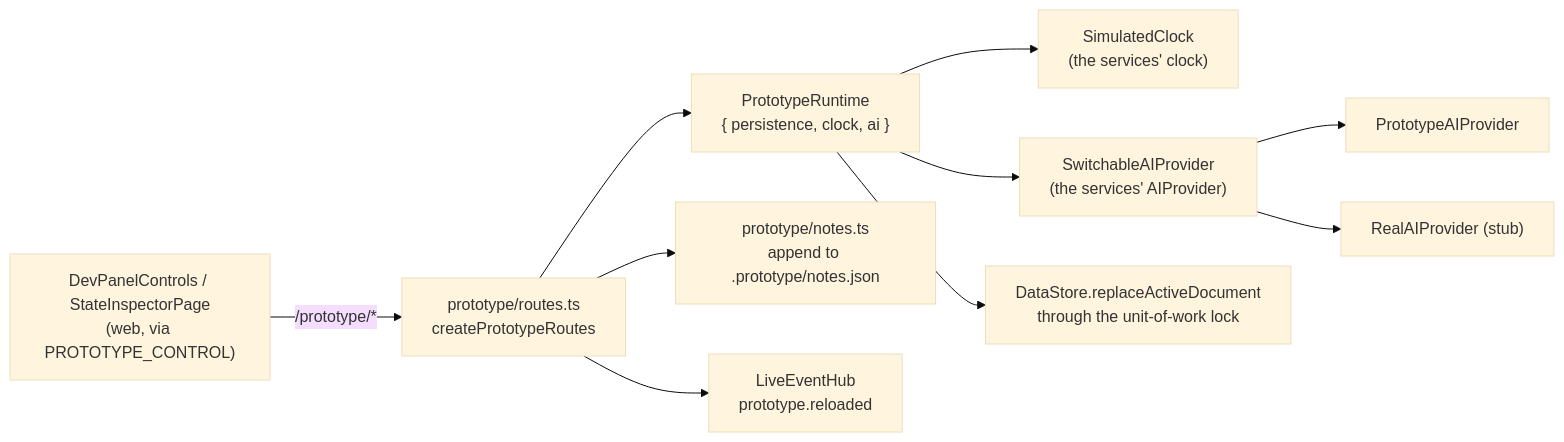
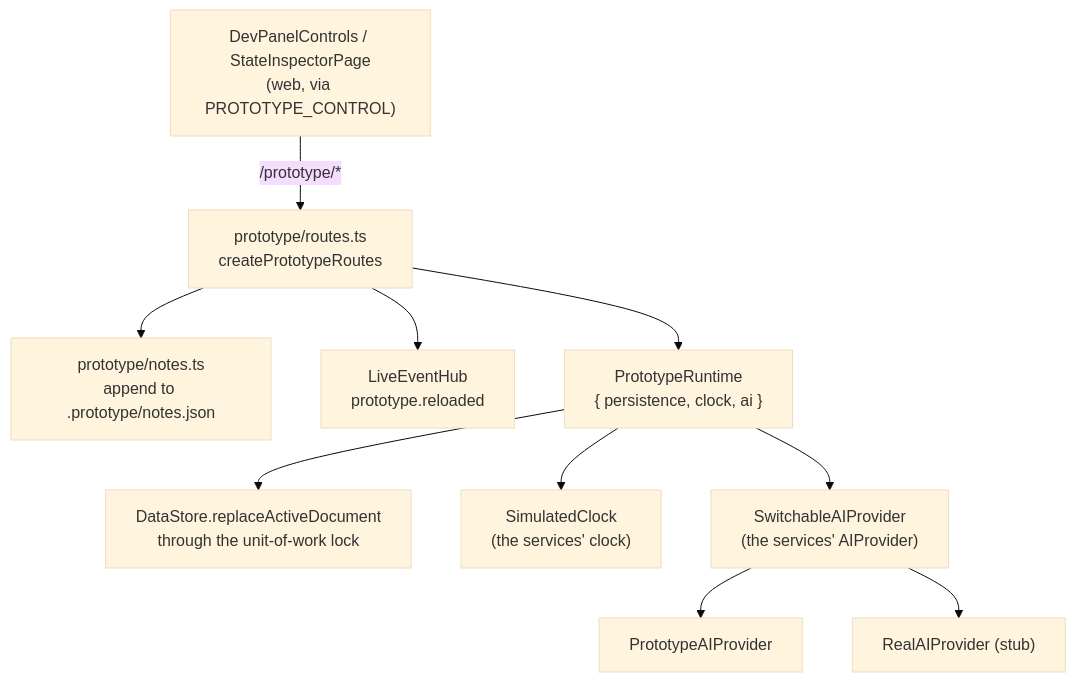
One commit to CalciteDragon/Canvas-work-manager-prototype changed the diagram in docs/architecture/prototype-host/prototype-runtime/what.md. Above: the diagram before and after it, drawn with Mermaid (base theme). The commit also changed 18 other files, not shown here.

First line of the commit message:
docs: validate mermaid diagrams and fix broken ones

````diff
--- a/docs/architecture/prototype-host/prototype-runtime/what.md
+++ b/docs/architecture/prototype-host/prototype-runtime/what.md
@@ -5,12 +5,12 @@
 ```mermaid
-flowchart LR
+flowchart TB
   panel["DevPanelControls / StateInspectorPage<br/>(web, via PROTOTYPE_CONTROL)"] -- "/prototype/*" --> routes["prototype/routes.ts<br/>createPrototypeRoutes"]
+  routes --> notes["prototype/notes.ts<br/>append to .prototype/notes.json"]
+  routes --> hub["LiveEventHub<br/>prototype.reloaded"]
   routes --> runtime["PrototypeRuntime<br/>{ persistence, clock, ai }"]
+  runtime --> store["DataStore.replaceActiveDocument<br/>through the unit-of-work lock"]
   runtime --> clock["SimulatedClock<br/>(the services' clock)"]
   runtime --> ai["SwitchableAIProvider<br/>(the services' AIProvider)"]
-  runtime --> store["DataStore.replaceActiveDocument<br/>through the unit-of-work lock"]
-  routes --> notes["prototype/notes.ts<br/>append to .prototype/notes.json"]
-  routes --> hub["LiveEventHub<br/>prototype.reloaded"]
   ai --> mock["PrototypeAIProvider"]
   ai --> real["RealAIProvider (stub)"]
 ```
````
